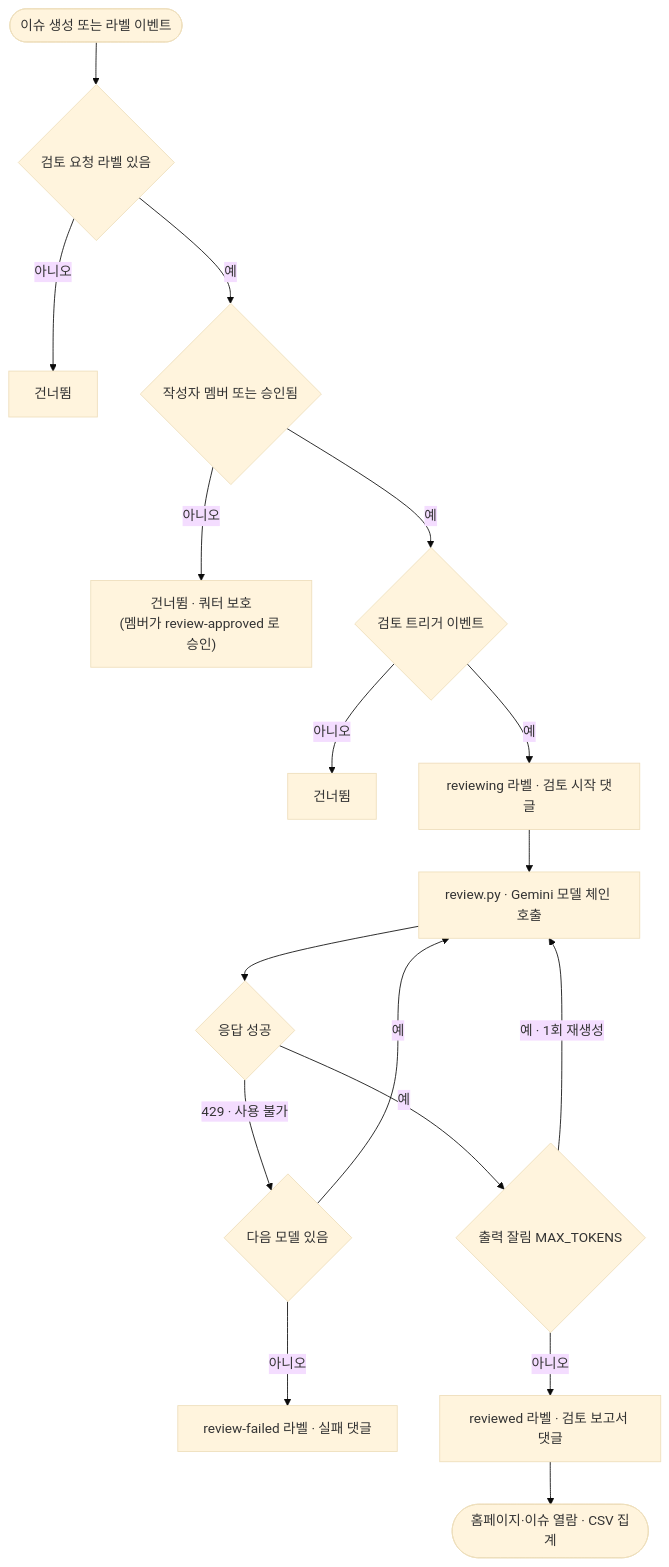
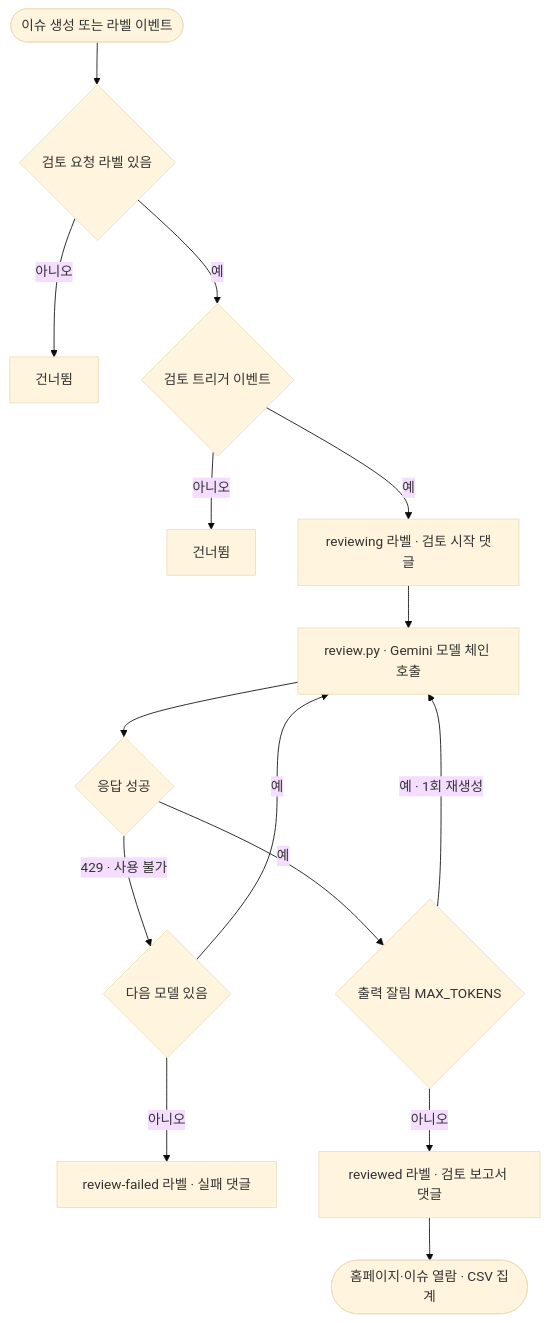
Before and after one commit to aigovsensing/dataset-review: the third of 3 diagrams in README.md, drawn with Mermaid (base theme). The commit also changed other lines of this file and 1 other file, not shown here.

First line of the commit message:
검토 트리거 개방: 작성자 권한 제한 제거 (누구나 사용 가능)

````diff
--- a/README.md
+++ b/README.md
@@ -99,19 +99,17 @@
 ```mermaid
 flowchart TD
     A(["이슈 생성 또는 라벨 이벤트"]) --> B{"검토 요청 라벨 있음"}
     B -->|"아니오"| X["건너뜀"]
-    B -->|"예"| C{"작성자 멤버 또는 승인됨"}
-    C -->|"아니오"| X2["건너뜀 · 쿼터 보호<br/>(멤버가 review-approved 로 승인)"]
-    C -->|"예"| D{"검토 트리거 이벤트"}
+    B -->|"예"| D{"검토 트리거 이벤트"}
     D -->|"아니오"| X3["건너뜀"]
     D -->|"예"| E["reviewing 라벨 · 검토 시작 댓글"]
     E --> F["review.py · Gemini 모델 체인 호출"]
     F --> G{"응답 성공"}
     G -->|"429 · 사용 불가"| H{"다음 모델 있음"}
     H -->|"예"| F
     H -->|"아니오"| FAIL["review-failed 라벨 · 실패 댓글"]
     G -->|"예"| I{"출력 잘림 MAX_TOKENS"}
     I -->|"예 · 1회 재생성"| F
     I -->|"아니오"| J["reviewed 라벨 · 검토 보고서 댓글"]
     J --> K(["홈페이지·이슈 열람 · CSV 집계"])
 ```
````
